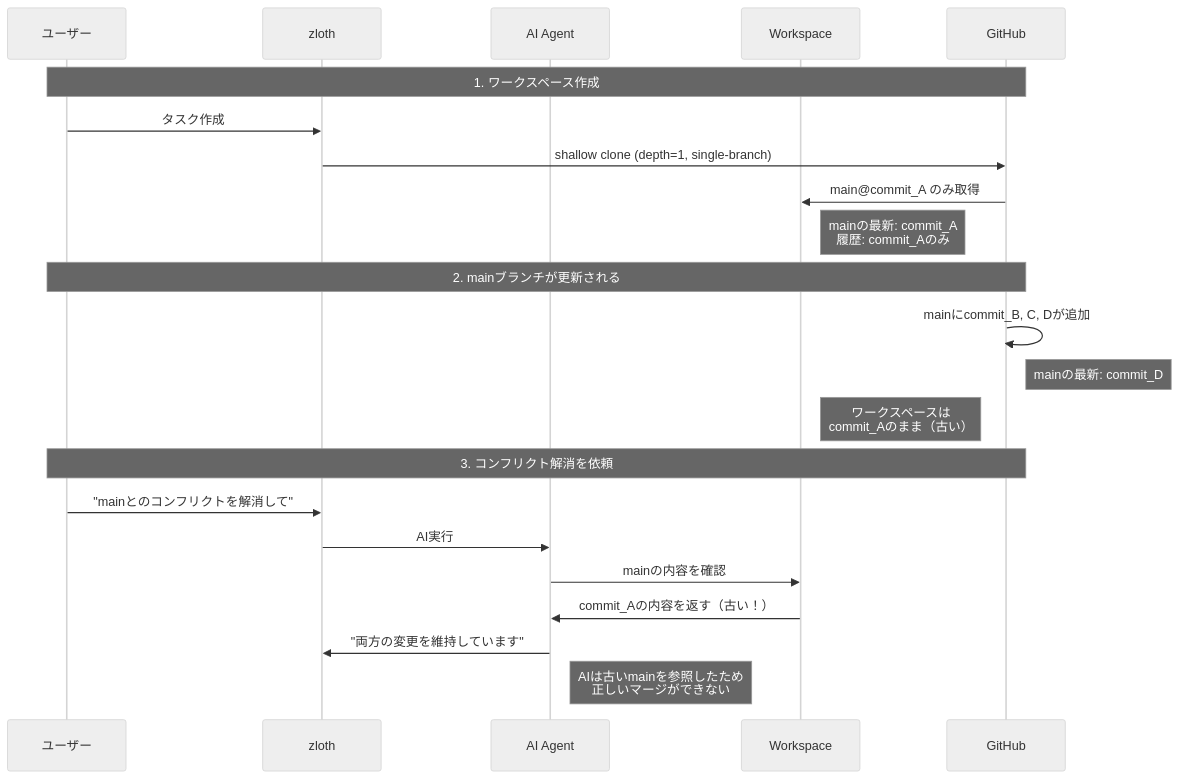
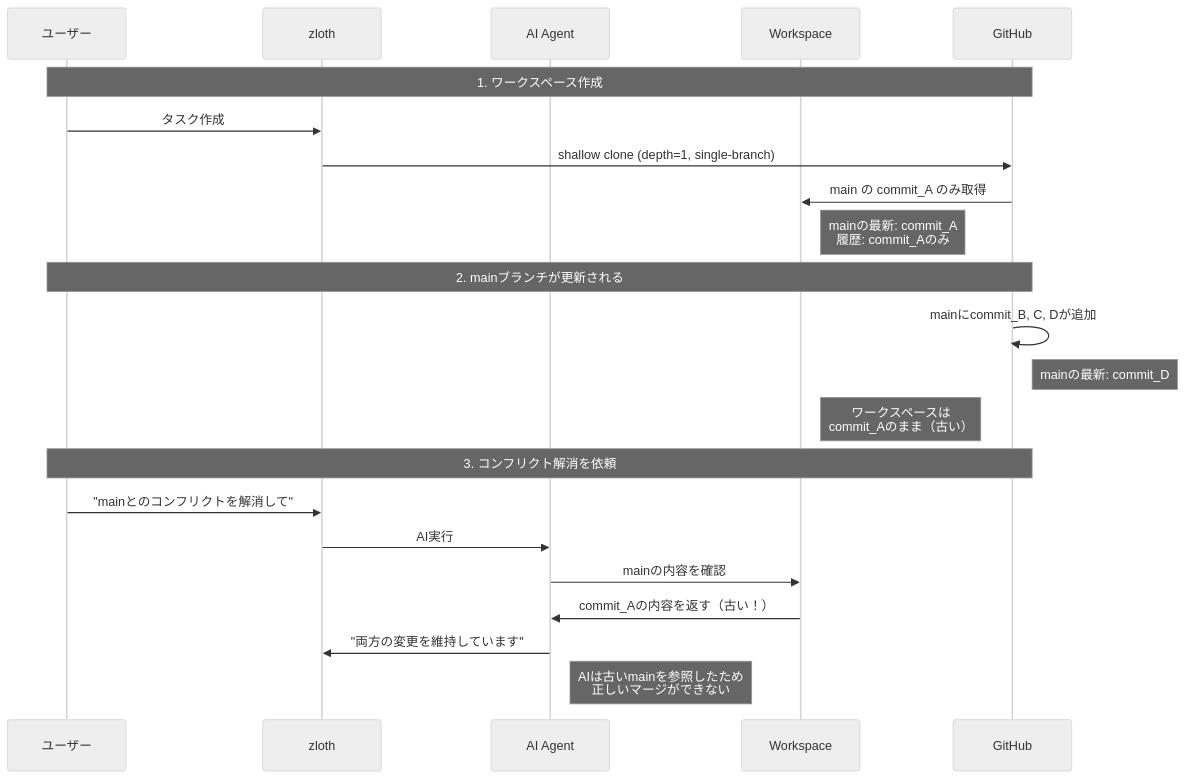
One commit to hampen2929/zloth changed the third of 9 diagrams in docs/git_operation.md. Above: the diagram before and after it, drawn with Mermaid (neutral theme). The commit also changed other lines of this file, not shown here.

First line of the commit message:
fix: MermaidのパースエラーとなるAt記号を修正

````diff
--- a/docs/git_operation.md
+++ b/docs/git_operation.md
@@ -115,27 +115,27 @@
 ```mermaid
 sequenceDiagram
     participant U as ユーザー
     participant Z as zloth
     participant A as AI Agent
     participant W as Workspace
     participant G as GitHub
 
     Note over U,G: 1. ワークスペース作成
     U->>Z: タスク作成
     Z->>G: shallow clone (depth=1, single-branch)
-    G->>W: main@commit_A のみ取得
+    G->>W: main の commit_A のみ取得
     Note right of W: mainの最新: commit_A<br/>履歴: commit_Aのみ
 
     Note over U,G: 2. mainブランチが更新される
     G->>G: mainにcommit_B, C, Dが追加
     Note right of G: mainの最新: commit_D
     Note right of W: ワークスペースは<br/>commit_Aのまま（古い）
 
     Note over U,G: 3. コンフリクト解消を依頼
     U->>Z: "mainとのコンフリクトを解消して"
     Z->>A: AI実行
     A->>W: mainの内容を確認
     W->>A: commit_Aの内容を返す（古い！）
     A->>Z: "両方の変更を維持しています"
     Note right of A: AIは古いmainを参照したため<br/>正しいマージができない
 ```
````
